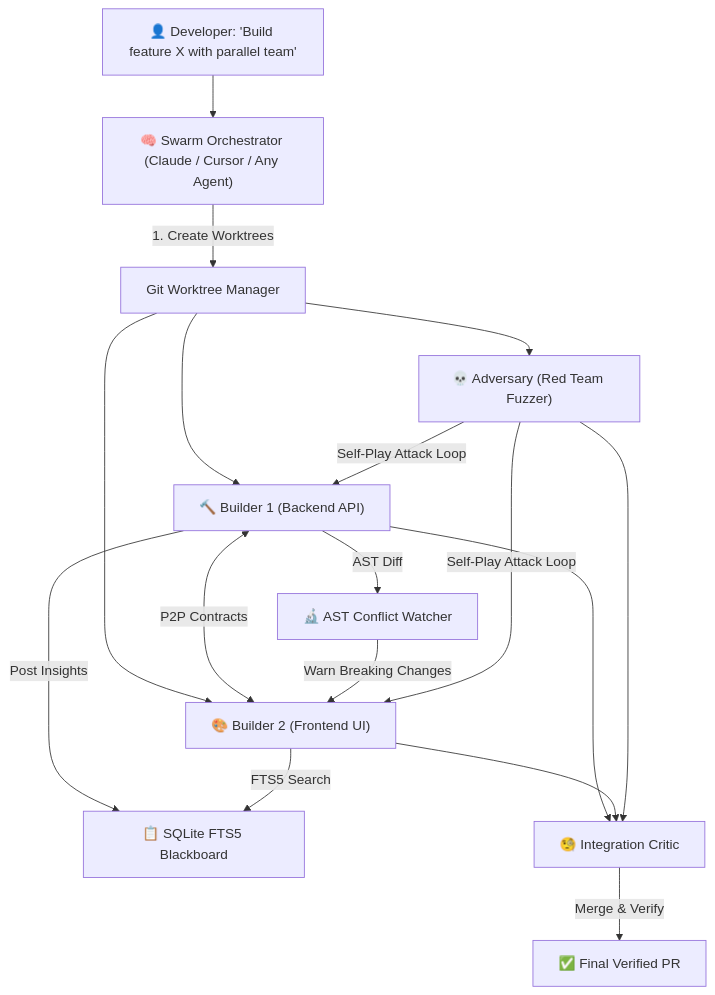
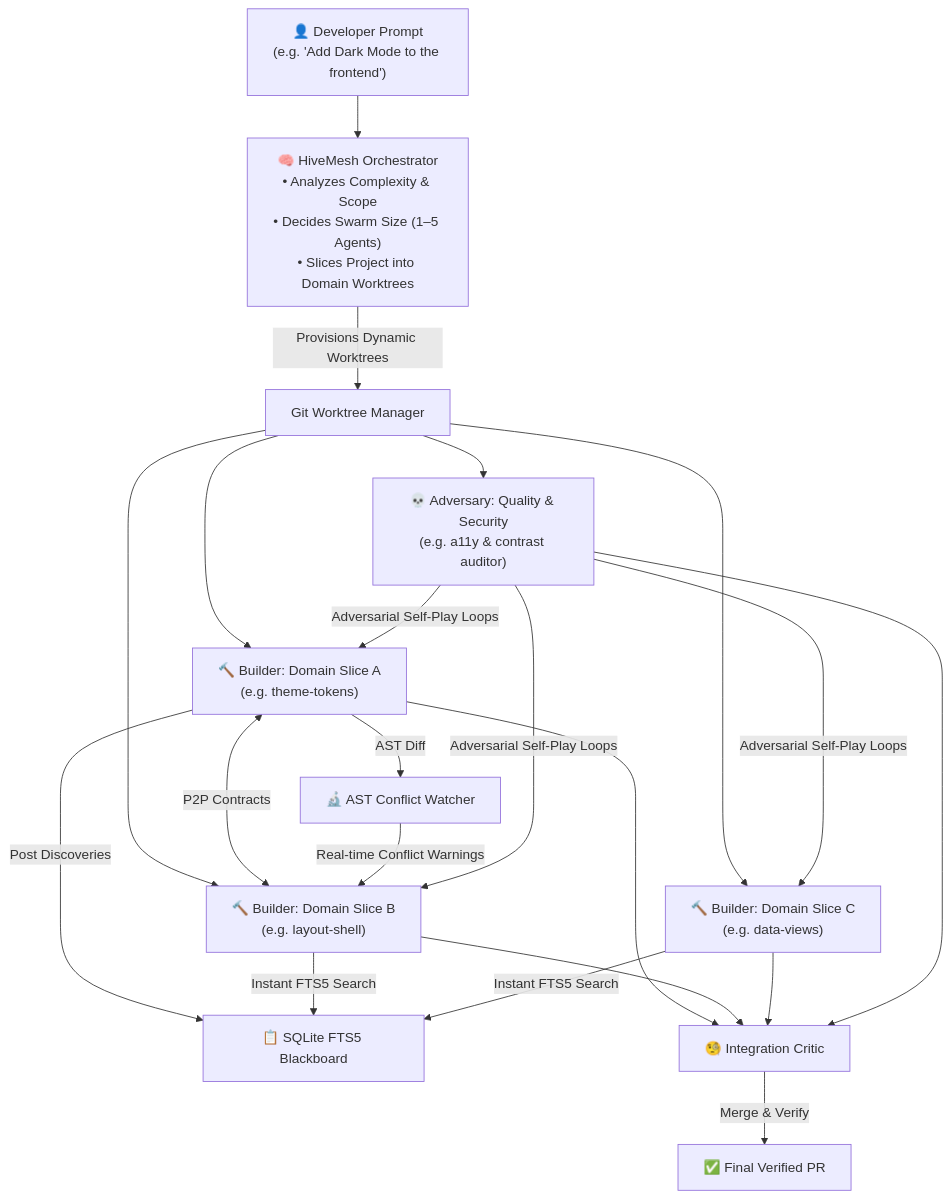
Before and after one commit to ghazy2001/hivemesh: the diagram in README.md, drawn with Mermaid. The commit also changed other lines of this file and 8 other files, not shown here.

Commit message:
feat(orchestrator): adaptive swarm sizing and dynamic domain slicing (replaces rigid backend/frontend roles)

````diff
--- a/README.md
+++ b/README.md
@@ -35,21 +34,23 @@
 ```mermaid
 flowchart TD
-    User["👤 Developer: 'Build feature X with parallel team'"] --> Orch["🧠 Swarm Orchestrator (Claude / Cursor / Any Agent)"]
-    Orch --> |"1. Create Worktrees"| WTM["Git Worktree Manager"]
-    WTM --> B1["🔨 Builder 1 (Backend API)"]
-    WTM --> B2["🎨 Builder 2 (Frontend UI)"]
-    WTM --> ADV["💀 Adversary (Red Team Fuzzer)"]
+    User["👤 Developer Prompt\n(e.g. 'Add Dark Mode to the frontend')"] --> Orch["🧠 HiveMesh Orchestrator\n• Analyzes Complexity & Scope\n• Decides Swarm Size (1–5 Agents)\n• Slices Project into Domain Worktrees"]
     
-    B1 <--> |"P2P Contracts"| B2
-    B1 --> |"Post Insights"| BB["📋 SQLite FTS5 Blackboard"]
-    B2 --> |"FTS5 Search"| BB
+    Orch --> |"Provisions Dynamic Worktrees"| WTM["Git Worktree Manager"]
     
-    B1 --> |"AST Diff"| AST["🔬 AST Conflict Watcher"]
-    AST --> |"Warn Breaking Changes"| B2
+    WTM --> A1["🔨 Builder: Domain Slice A\n(e.g. theme-tokens)"]
+    WTM --> A2["🔨 Builder: Domain Slice B\n(e.g. layout-shell)"]
+    WTM --> A3["🔨 Builder: Domain Slice C\n(e.g. data-views)"]
+    WTM --> A4["💀 Adversary: Quality & Security\n(e.g. a11y & contrast auditor)"]
     
-    ADV --> |"Self-Play Attack Loop"| B1
-    ADV --> |"Self-Play Attack Loop"| B2
+    A1 <--> |"P2P Contracts"| A2
+    A1 --> |"Post Discoveries"| BB["📋 SQLite FTS5 Blackboard"]
+    A2 & A3 --> |"Instant FTS5 Search"| BB
     
-    B1 & B2 & ADV --> CRIT["🧐 Integration Critic"]
+    A1 --> |"AST Diff"| AST["🔬 AST Conflict Watcher"]
+    AST --> |"Real-time Conflict Warnings"| A2
+    
+    A4 --> |"Adversarial Self-Play Loops"| A1 & A2 & A3
+    
+    A1 & A2 & A3 & A4 --> CRIT["🧐 Integration Critic"]
     CRIT --> |"Merge & Verify"| PR["✅ Final Verified PR"]
 ```
````
